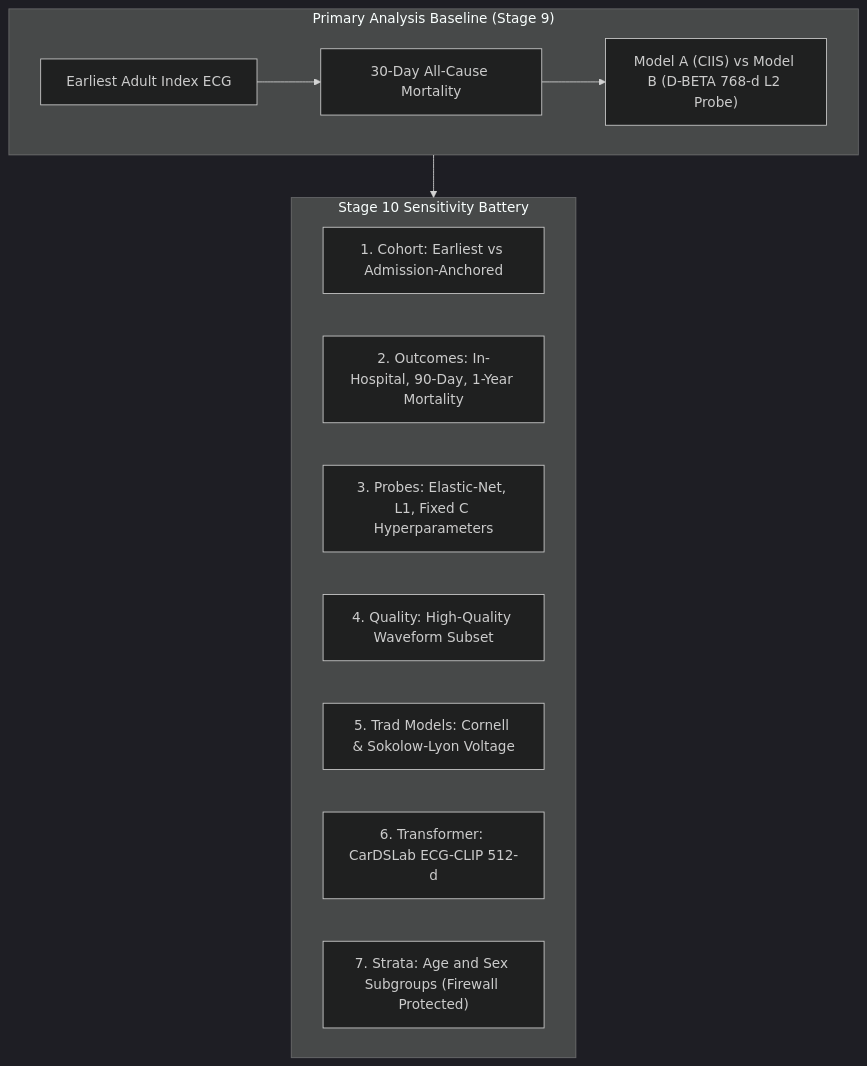
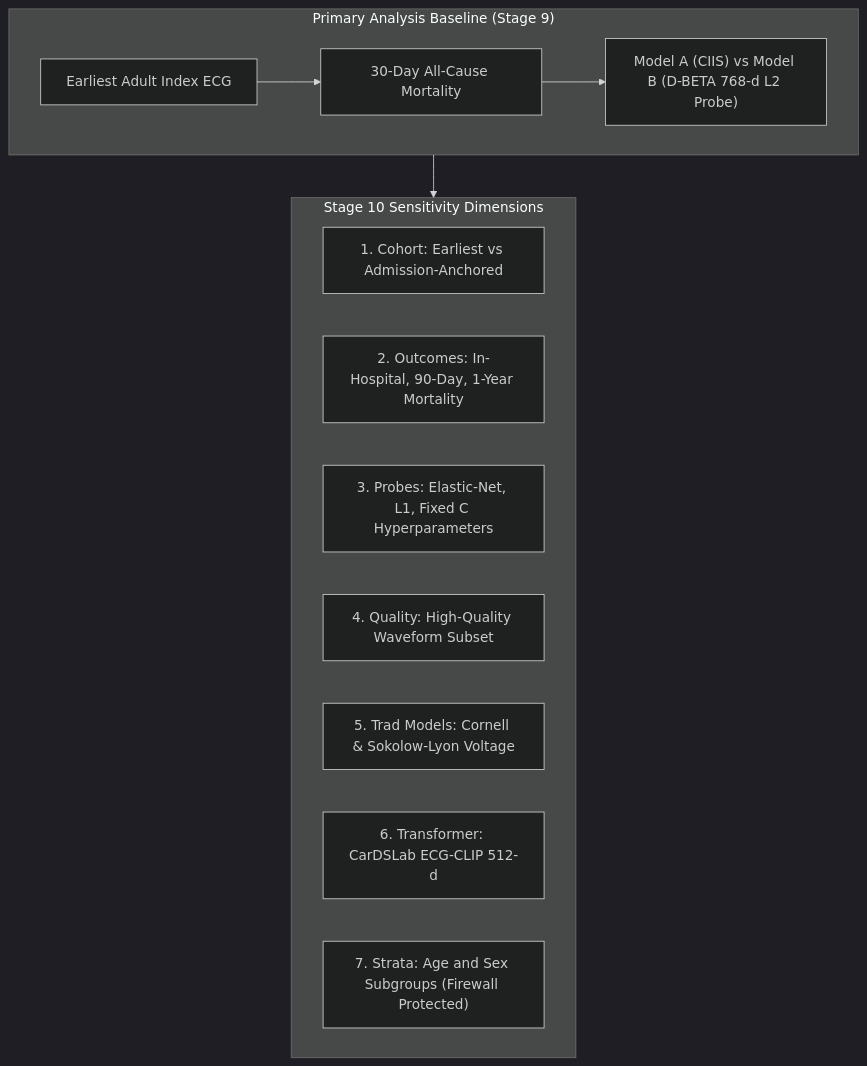
The diagram in reports/sensitivity-analyses.md (SaehwanPark/ecg-model-alignment), drawn with Mermaid (dark theme) before and after one commit. The commit also changed other lines of this file and 18 other files, not shown here.

````diff
--- a/reports/sensitivity-analyses.md
+++ b/reports/sensitivity-analyses.md
@@ -15,19 +18,19 @@
 ```mermaid
 flowchart TD
   subgraph PrimaryPipeline["Primary Analysis Baseline (Stage 9)"]
     P1["Earliest Adult Index ECG"] --> P2["30-Day All-Cause Mortality"]
     P2 --> P3["Model A (CIIS) vs Model B (D-BETA 768-d L2 Probe)"]
   end
 
-  subgraph SensitivityAnalyses["Stage 10 Sensitivity Battery"]
+  subgraph SensitivityAnalyses["Stage 10 Sensitivity Dimensions"]
     S1["1. Cohort: Earliest vs Admission-Anchored"]
     S2["2. Outcomes: In-Hospital, 90-Day, 1-Year Mortality"]
     S3["3. Probes: Elastic-Net, L1, Fixed C Hyperparameters"]
     S4["4. Quality: High-Quality Waveform Subset"]
     S5["5. Trad Models: Cornell & Sokolow-Lyon Voltage"]
     S6["6. Transformer: CarDSLab ECG-CLIP 512-d"]
     S7["7. Strata: Age and Sex Subgroups (Firewall Protected)"]
   end
 
   PrimaryPipeline --> SensitivityAnalyses
 ```
````
